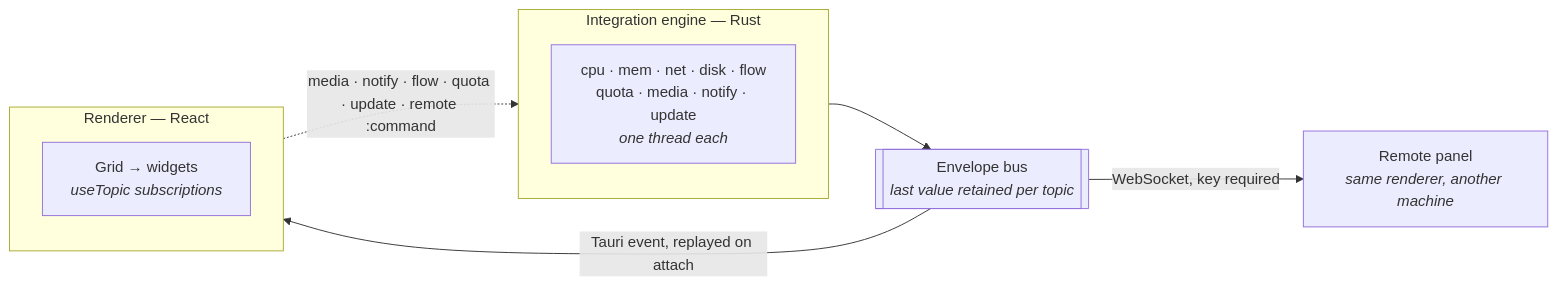
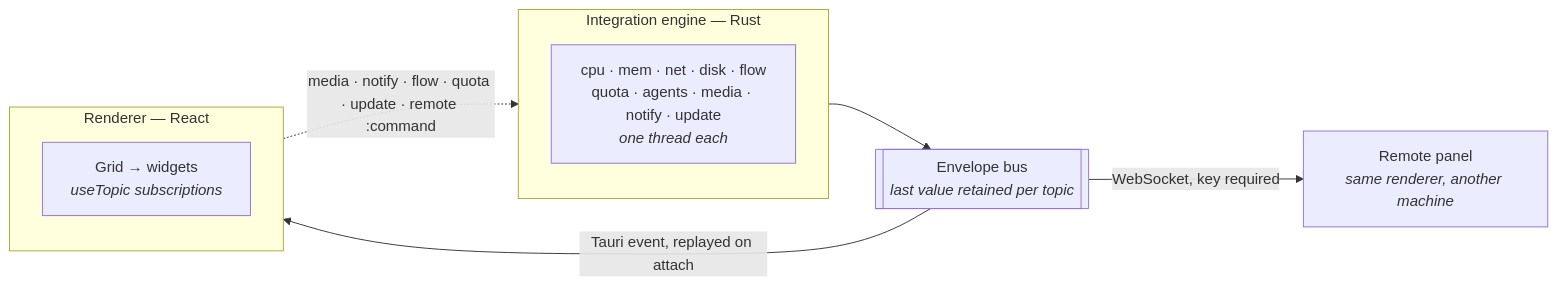
One commit to Purukitto/kehai changed the diagram in README.md. Above: the diagram before and after it, drawn with Mermaid. The commit also changed other lines of this file and 19 other files, not shown here.

````diff
--- a/README.md
+++ b/README.md
@@ -267,19 +280,19 @@
 ```mermaid
 flowchart LR
     subgraph engine["Integration engine — Rust"]
         direction TB
-        P["cpu · mem · net · disk · flow<br/>quota · media · notify · update<br/><i>one thread each</i>"]
+        P["cpu · mem · net · disk · flow<br/>quota · agents · media · notify · update<br/><i>one thread each</i>"]
     end
 
     BUS[["Envelope bus<br/><i>last value retained per topic</i>"]]
 
     subgraph renderer["Renderer — React"]
         direction TB
         W["Grid → widgets<br/><i>useTopic subscriptions</i>"]
     end
 
     P --> BUS
     BUS -- "Tauri event, replayed on attach" --> W
     W -. "media · notify · flow · quota · update · remote :command" .-> P
     BUS -- "WebSocket, key required" --> RP["Remote panel<br/><i>same renderer, another machine</i>"]
 ```
````
